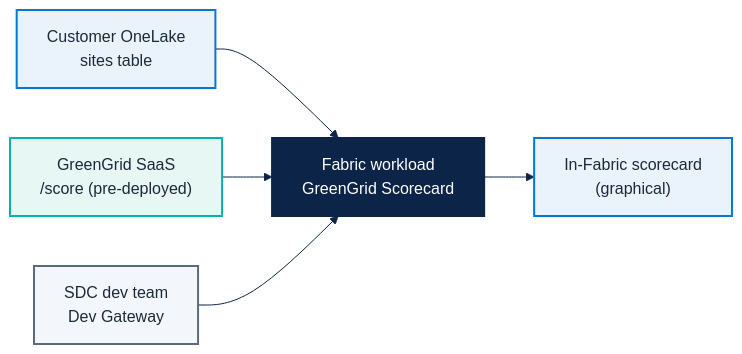
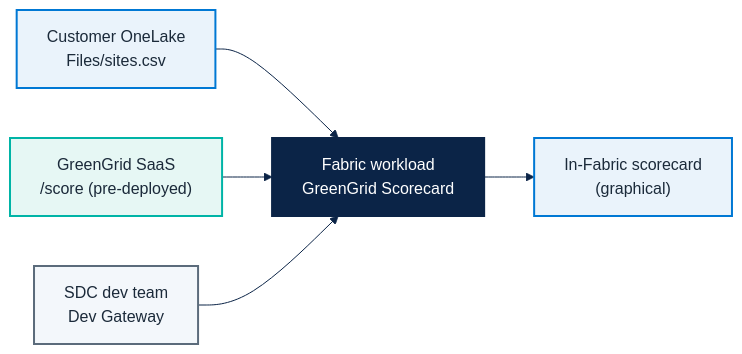
The diagram in docs/microhack-2-sdc-workloads-setup.md (fredgis/FY27FabricMotion), drawn with Mermaid before and after one commit. The commit also changed other lines of this file and 4 other files, not shown here.

````diff
--- a/docs/microhack-2-sdc-workloads-setup.md
+++ b/docs/microhack-2-sdc-workloads-setup.md
@@ -10,22 +10,22 @@
 ```mermaid
 %%{init: {'theme':'base','themeVariables':{
   'primaryColor':'#E6F7F4',
   'primaryTextColor':'#1B2A3A',
   'primaryBorderColor':'#00B4A6',
   'lineColor':'#0B2447',
   'secondaryColor':'#EAF3FB'
 }}}%%
 flowchart LR
-    O["Customer OneLake<br/>sites table"] --> W["Fabric workload<br/>GreenGrid Scorecard"]
+    O["Customer OneLake<br/>Files/sites.csv"] --> W["Fabric workload<br/>GreenGrid Scorecard"]
     S["GreenGrid SaaS<br/>/score (pre-deployed)"] --> W
     W --> U["In-Fabric scorecard<br/>(graphical)"]
     DEV["SDC dev team<br/>Dev Gateway"] --> W
     classDef saas fill:#E6F7F4,stroke:#00B4A6,color:#1B2A3A,stroke-width:2px;
     classDef work fill:#0B2447,stroke:#0B2447,color:#FFFFFF,stroke-width:2px;
     classDef fab fill:#EAF3FB,stroke:#0078D4,color:#1B2A3A,stroke-width:2px;
     classDef user fill:#F3F7FB,stroke:#5B6B7B,color:#1B2A3A,stroke-width:2px;
     class S saas;
     class W work;
     class O,U fab;
     class DEV user;
 ```
````
